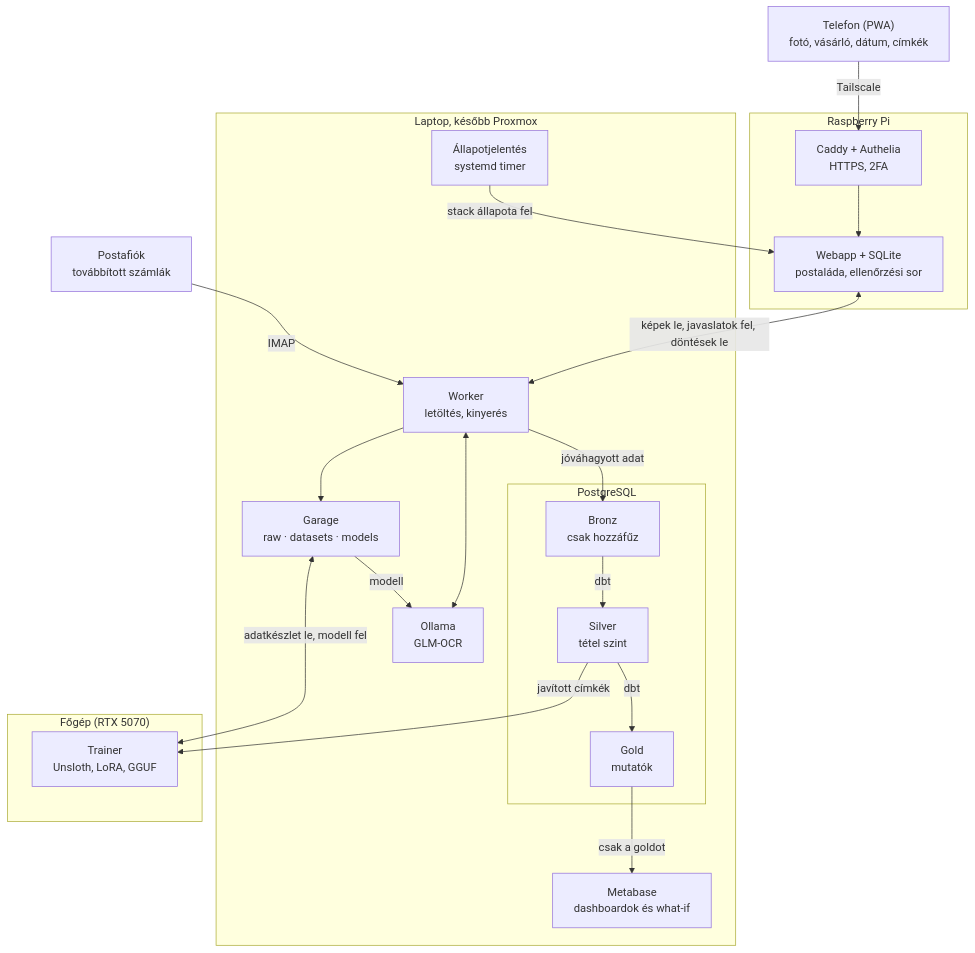
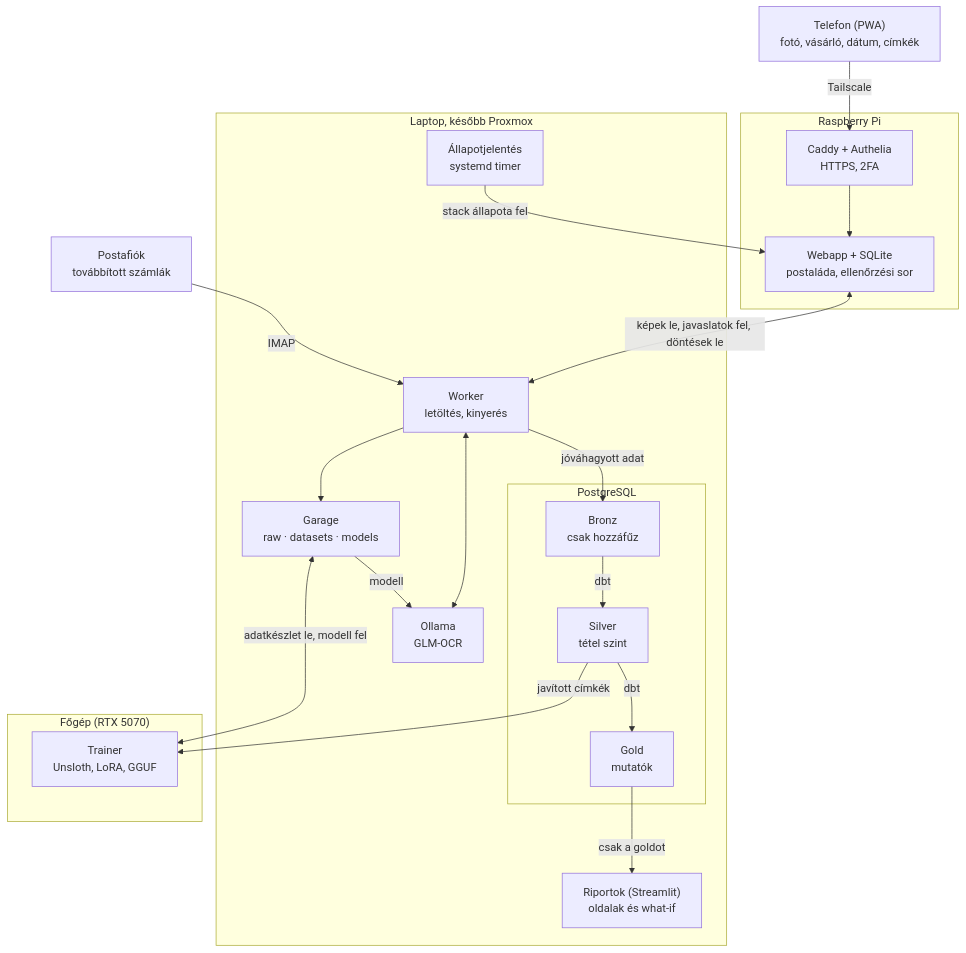
The diagram in docs/Technikai terv.md (Pokol-olvr/finance-tracker), drawn with Mermaid before and after one commit. The commit also changed other lines of this file and 6 other files, not shown here.

Commit message:
Sprint 5 terv: silver, szabályok, DRS, Streamlit a Metabase helyett

````diff
--- a/docs/Technikai terv.md
+++ b/docs/Technikai terv.md
@@ -16,32 +16,32 @@
 ```mermaid
 flowchart TB
   tel["Telefon (PWA)<br/>fotó, vásárló, dátum, címkék"]
   mail["Postafiók<br/>továbbított számlák"]
   subgraph pi["Raspberry Pi"]
     caddy["Caddy + Authelia<br/>HTTPS, 2FA"] --> web["Webapp + SQLite<br/>postaláda, ellenőrzési sor"]
   end
   subgraph home["Laptop, később Proxmox"]
     ollama["Ollama<br/>GLM-OCR"]
     worker["Worker<br/>letöltés, kinyerés"]
     garage["Garage<br/>raw · datasets · models"]
     subgraph pg["PostgreSQL"]
       bronz["Bronz<br/>csak hozzáfűz"] -->|dbt| silver["Silver<br/>tétel szint"] -->|dbt| gold["Gold<br/>mutatók"]
     end
-    metabase["Metabase<br/>dashboardok és what-if"]
+    reports["Riportok (Streamlit)<br/>oldalak és what-if"]
     status["Állapotjelentés<br/>systemd timer"]
   end
   subgraph main["Főgép (RTX 5070)"]
     trainer["Trainer<br/>Unsloth, LoRA, GGUF"]
   end
   tel -->|Tailscale| caddy
   web <-->|"képek le, javaslatok fel, döntések le"| worker
   mail -->|IMAP| worker
   worker <--> ollama
   status -->|"stack állapota fel"| web
   worker --> garage
   worker -->|jóváhagyott adat| bronz
-  gold -->|csak a goldot| metabase
+  gold -->|csak a goldot| reports
   silver -->|javított címkék| trainer
   garage <-->|"adatkészlet le, modell fel"| trainer
   garage -->|modell| ollama
 ```
````
